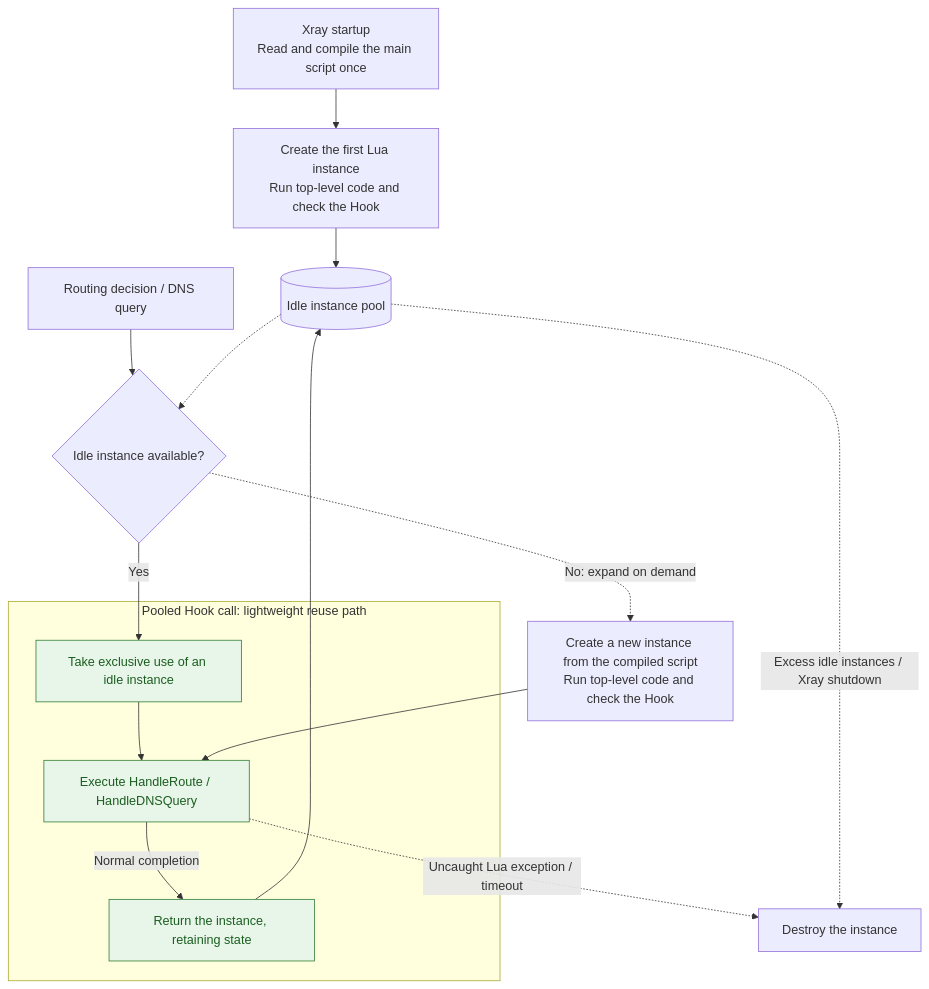
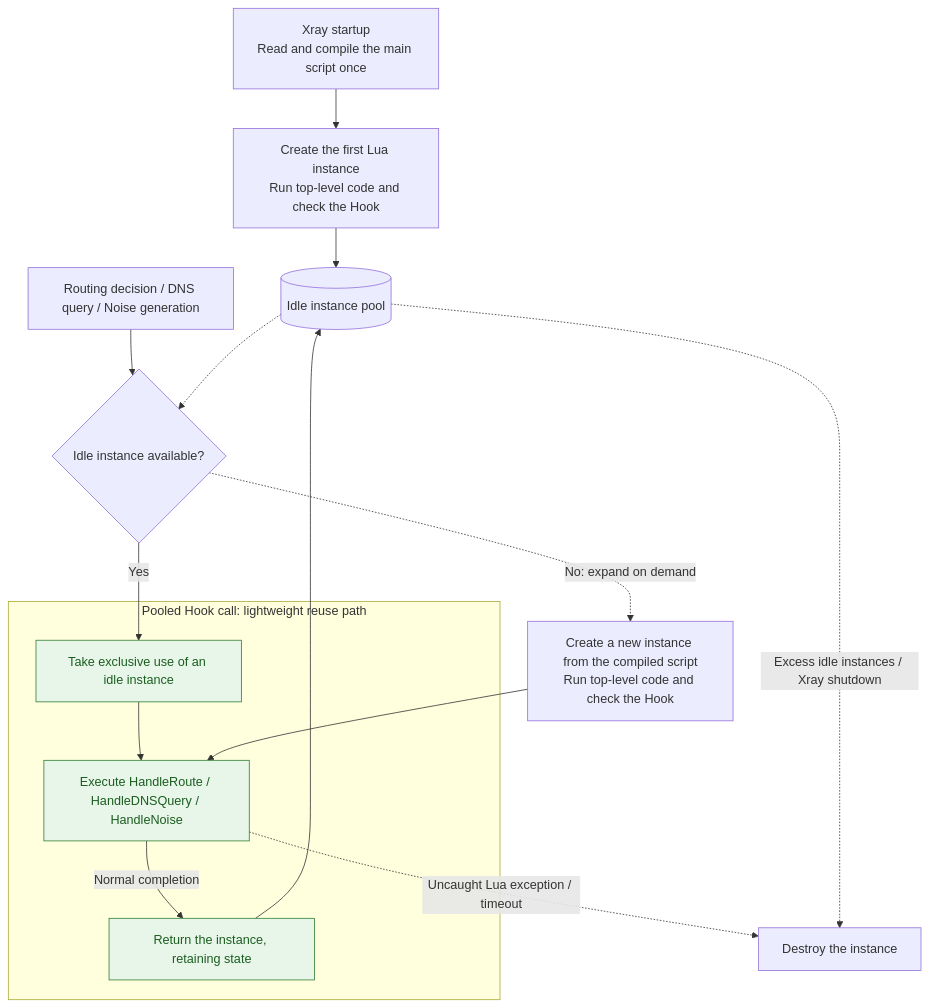
The diagram in docs/en/development/lua/guide/lifecycle.md (XTLS/Xray-docs-next), drawn with Mermaid before and after one commit. The commit also changed other lines of this file and 17 other files, not shown here.

````diff
--- a/docs/en/development/lua/guide/lifecycle.md
+++ b/docs/en/development/lua/guide/lifecycle.md
@@ -23,22 +25,22 @@
 ```mermaid
 flowchart TD
     LOAD["Xray startup<br/>Read and compile the main script once"] --> INIT["Create the first Lua instance<br/>Run top-level code and check the Hook"]
     INIT --> POOL[("Idle instance pool")]
 
     subgraph CALL["Pooled Hook call: lightweight reuse path"]
-        TAKE["Take exclusive use of an idle instance"] --> RUN["Execute HandleRoute / HandleDNSQuery"]
+        TAKE["Take exclusive use of an idle instance"] --> RUN["Execute HandleRoute / HandleDNSQuery / HandleNoise"]
         RUN -->|Normal completion| PUT["Return the instance, retaining state"]
     end
 
-    REQUEST["Routing decision / DNS query"] --> AVAILABLE{"Idle instance available?"}
+    REQUEST["Routing decision / DNS query / Noise generation"] --> AVAILABLE{"Idle instance available?"}
     POOL -.-> AVAILABLE
     AVAILABLE -->|Yes| TAKE
     PUT --> POOL
     AVAILABLE -. No: expand on demand .-> CREATE["Create a new instance from the compiled script<br/>Run top-level code and check the Hook"]
     CREATE --> RUN
     RUN -. Uncaught Lua exception / timeout .-> DESTROY["Destroy the instance"]
     POOL -. Excess idle instances / Xray shutdown .-> DESTROY
 
     classDef reuse fill:#e8f5e9,stroke:#2e7d32,color:#1b5e20
     class TAKE,RUN,PUT reuse
 ```
````
